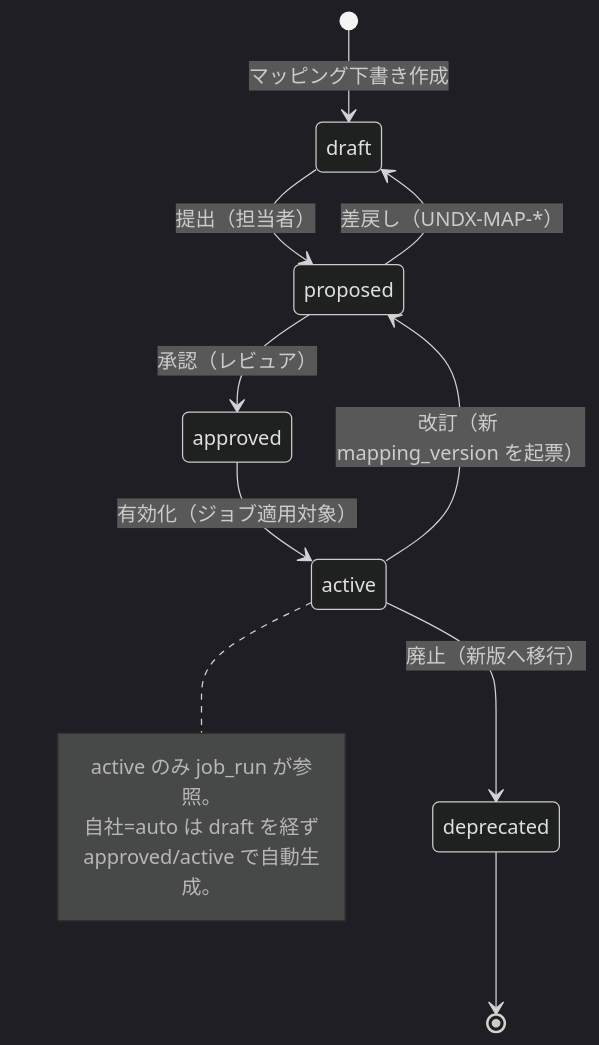
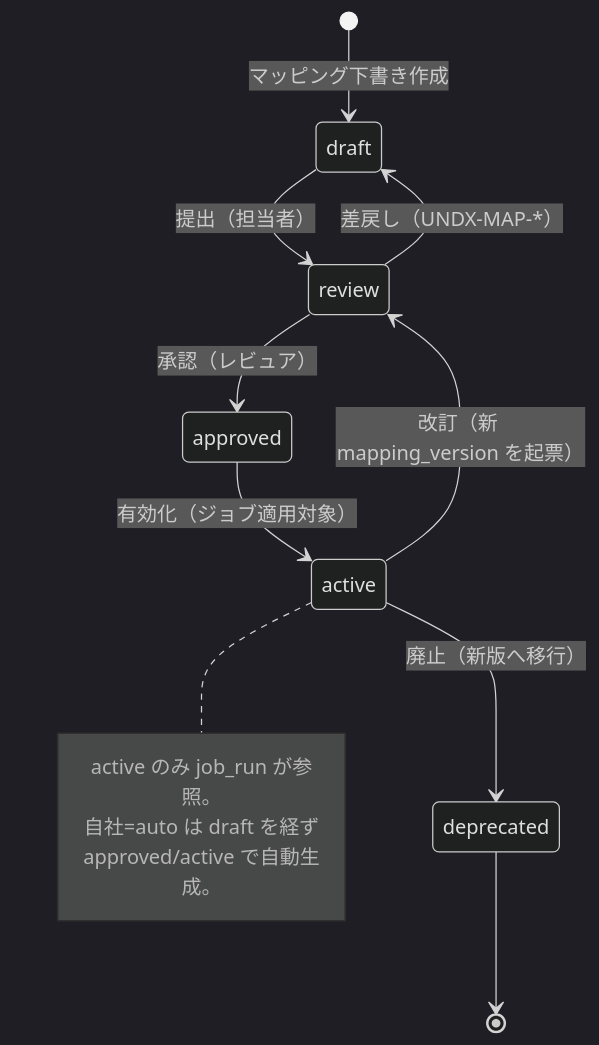
The fourth of 4 diagrams in docs/platform-design/database/DB-06-mapping-metadata-schema.md (TSUNAGUBA/undeux-sales-suite), drawn with Mermaid (dark theme) before and after one commit. The commit also changed other lines of this file and 1 other file, not shown here.

Commit message:
docs(platform-design): 独立レビューの残余指摘を反映（状態値・SoT表記・ADR参照の整合）
反復レビュー（原則9）で検出した軽微な文書整合の残余3点を修正:
- DB-06 §7.1 承認ライフサイクル図の状態値を field_mapping.status の許容値
  （proposed → review）に統一。CHECK 制約・DD-03 §2.3 状態機械と一致
- DD-02 §8.5 エラーコードSoTの記述を整理。コードレジストリ（連番・メッセージ・
  http_status）の SoT は shared.error_code/DD-02、MAP/DQ の番号↔意味の SoT は
  DD-03 §7、と補完関係を明確化（二重主張を解消）
- DD-02 関連ドキュメント欄の ADR 参照範囲を ADR-001..015 → ADR-001..017 に更新

Claude-Session: https://claude.ai/code/session_01V3CXh2S4ZHNaq5hT2wrAB6

````diff
--- a/docs/platform-design/database/DB-06-mapping-metadata-schema.md
+++ b/docs/platform-design/database/DB-06-mapping-metadata-schema.md
@@ -365,16 +365,16 @@
 ```mermaid
 stateDiagram-v2
     [*] --> draft: マッピング下書き作成
-    draft --> proposed: 提出（担当者）
-    proposed --> approved: 承認（レビュア）
-    proposed --> draft: 差戻し（UNDX-MAP-*）
+    draft --> review: 提出（担当者）
+    review --> approved: 承認（レビュア）
+    review --> draft: 差戻し（UNDX-MAP-*）
     approved --> active: 有効化（ジョブ適用対象）
     active --> deprecated: 廃止（新版へ移行）
     deprecated --> [*]
-    active --> proposed: 改訂（新 mapping_version を起票）
+    active --> review: 改訂（新 mapping_version を起票）
     note right of active
         active のみ job_run が参照。
         自社=auto は draft を経ず
         approved/active で自動生成。
     end note
 ```
````
